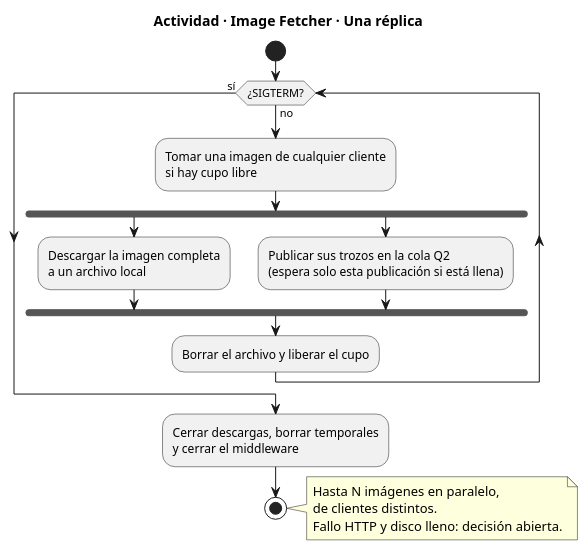
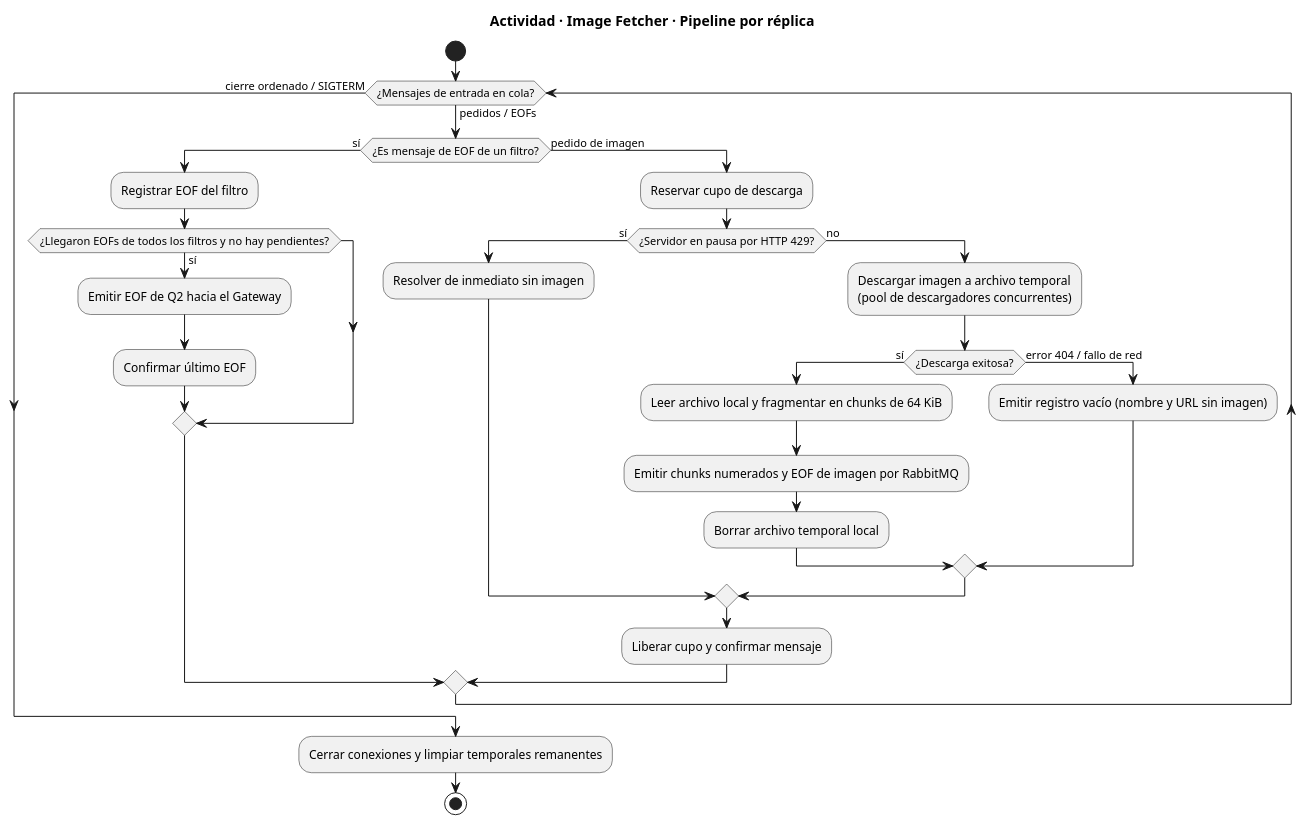
Before and after one commit to NicoPodesta/trabajo-final-distribuidos: the diagram in Diagramas/actividad/actividad q2.puml, drawn with PlantUML. The commit also changed 9 other files, not shown here.

Commit message:
Docs: actualizo y compilo diagramas de actividad y secuencia

```diff
--- a/Diagramas/actividad/actividad q2.puml
+++ b/Diagramas/actividad/actividad q2.puml
@@ -1,25 +1,34 @@
 @startuml image-fetcher
-title Actividad · Image Fetcher · Una réplica
+title Actividad · Image Fetcher · Pipeline por réplica
 
 start
 
-while (¿SIGTERM?) is (no)
-  :Tomar una imagen de cualquier cliente\nsi hay cupo libre;
-  fork
-    :Descargar la imagen completa\na un archivo local;
-  fork again
-    :Publicar sus trozos en la cola Q2\n(espera solo esta publicación si está llena);
-  end fork
-  :Borrar el archivo y liberar el cupo;
-endwhile (sí)
+while (¿Mensajes de entrada en cola?) is (pedidos / EOFs)
+  if (¿Es mensaje de EOF de un filtro?) then (sí)
+    :Registrar EOF del filtro;
+    if (¿Llegaron EOFs de todos los filtros y no hay pendientes?) then (sí)
+      :Emitir EOF de Q2 hacia el Gateway;
+      :Confirmar último EOF;
+    endif
+  else (pedido de imagen)
+    :Reservar cupo de descarga;
+    if (¿Servidor en pausa por HTTP 429?) then (sí)
+      :Resolver de inmediato sin imagen;
+    else (no)
+      :Descargar imagen a archivo temporal\n(pool de descargadores concurrentes);
+      if (¿Descarga exitosa?) then (sí)
+        :Leer archivo local y fragmentar en chunks de 64 KiB;
+        :Emitir chunks numerados y EOF de imagen por RabbitMQ;
+        :Borrar archivo temporal local;
+      else (error 404 / fallo de red)
+        :Emitir registro vacío (nombre y URL sin imagen);
+      endif
+    endif
+    :Liberar cupo y confirmar mensaje;
+  endif
+endwhile (cierre ordenado / SIGTERM)
 
-:Cerrar descargas, borrar temporales\ny cerrar el middleware;
+:Cerrar conexiones y limpiar temporales remanentes;
 stop
 
-note right
-  Hasta N imágenes en paralelo,
-  de clientes distintos.
-  Fallo HTTP y disco lleno: decisión abierta.
-end note
-
 @enduml
```
